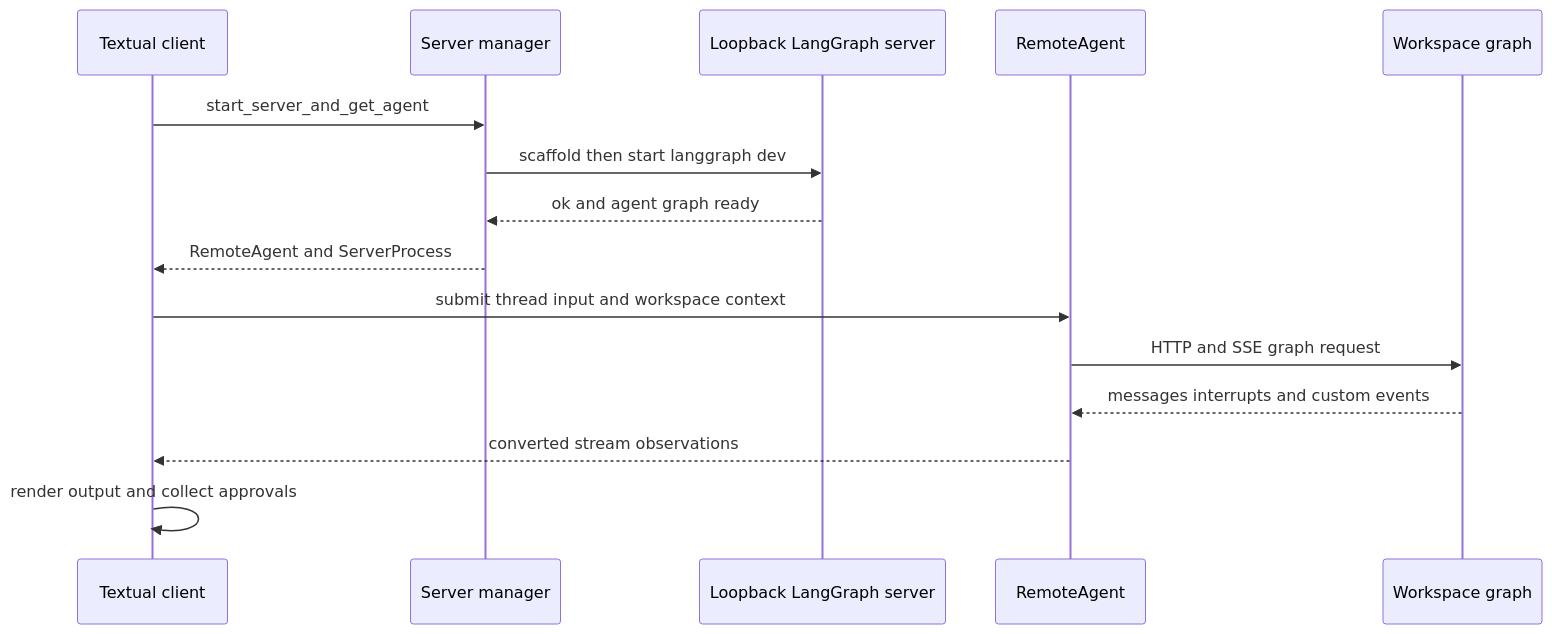
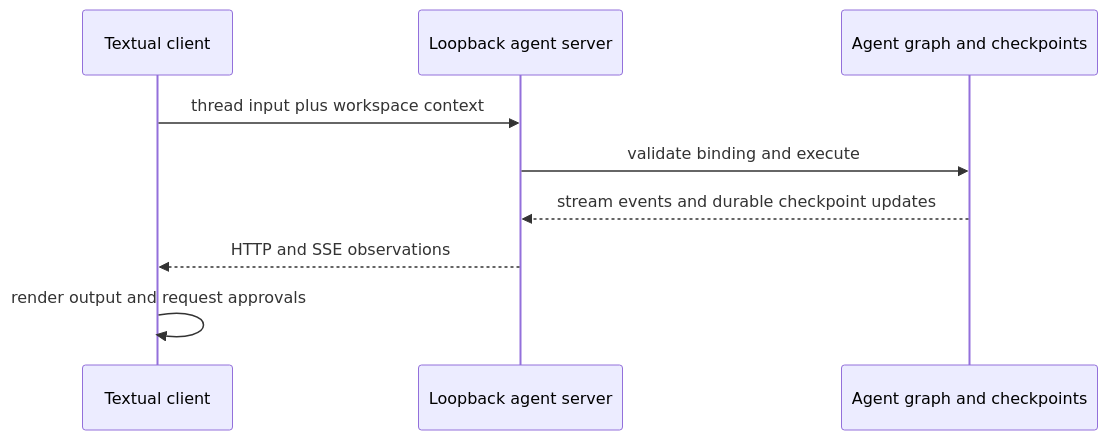
One commit to langchain-ai/deepagents changed the diagram in openwiki/architecture/code-agent.md. Above: the diagram before and after it, drawn with Mermaid. The commit also changed other lines of this file and 39 other files, not shown here.

````diff
--- a/openwiki/architecture/code-agent.md
+++ b/openwiki/architecture/code-agent.md
@@ -45,17 +59,11 @@
 ```mermaid
 sequenceDiagram
     participant Client as Textual client
-    participant Manager as Server manager
-    participant Process as Loopback LangGraph server
-    participant Remote as RemoteAgent
-    participant Graph as Workspace graph
-    Client->>Manager: start_server_and_get_agent
-    Manager->>Process: scaffold then start langgraph dev
-    Process-->>Manager: ok and agent graph ready
-    Manager-->>Client: RemoteAgent and ServerProcess
-    Client->>Remote: submit thread input and workspace context
-    Remote->>Graph: HTTP and SSE graph request
-    Graph-->>Remote: messages interrupts and custom events
-    Remote-->>Client: converted stream observations
-    Client->>Client: render output and collect approvals
+    participant Server as Loopback agent server
+    participant Graph as Agent graph and checkpoints
+    Client->>Server: thread input plus workspace context
+    Server->>Graph: validate binding and execute
+    Graph-->>Server: stream events and durable checkpoint updates
+    Server-->>Client: HTTP and SSE observations
+    Client->>Client: render output and request approvals
 ```
````
